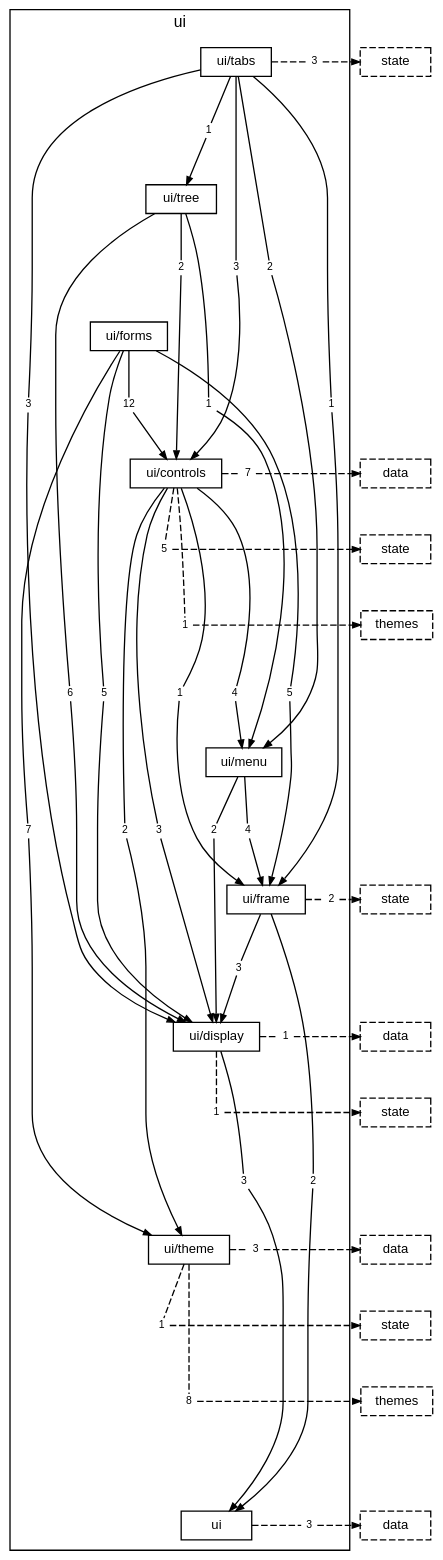
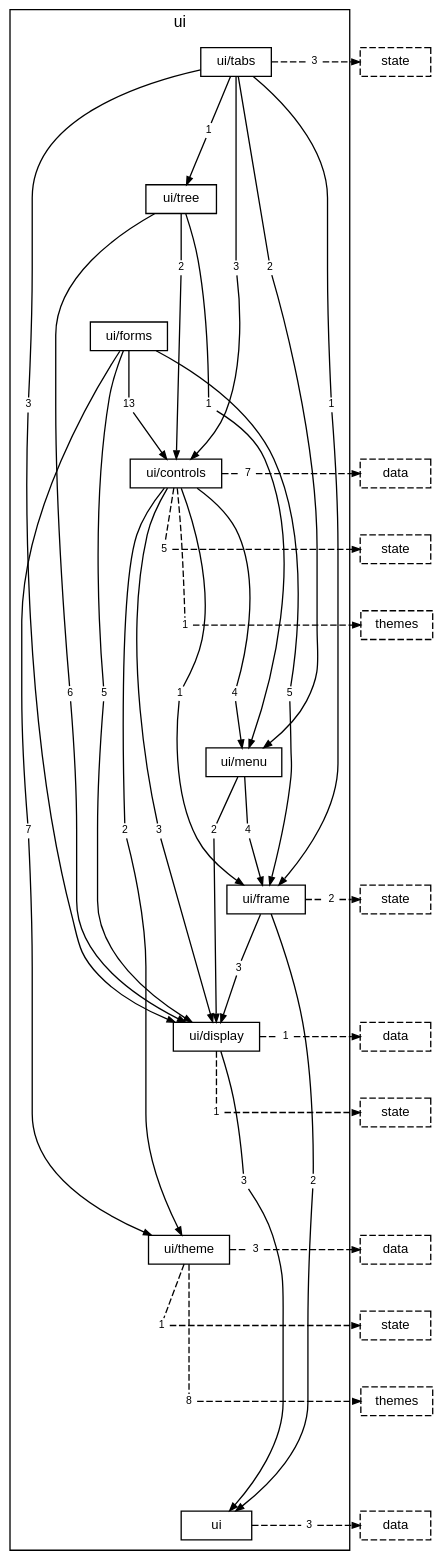
Before and after one commit to TheAxeC/oculus: the diagram in docs/diagrams/layer-ui.dot, drawn with Graphviz. The commit also changed 233 other files, not shown here.

```diff
--- a/docs/diagrams/layer-ui.dot
+++ b/docs/diagrams/layer-ui.dot
@@ -1,143 +1,143 @@
 digraph layer_ui {
     graph [bgcolor="transparent", rankdir=TB, newrank=true, mclimit=4, fontname="Helvetica", fontsize=12, nodesep=0.2, ranksep=0.5];
     node [shape=box, color="black", fontcolor="black", fontname="Helvetica", fontsize=10, height=0.3, margin="0.12,0.04"];
     edge [color="black", fontcolor="black", fontname="Helvetica", fontsize=8, arrowsize=0.6];
     subgraph "cluster_ui" {
         label="ui"; style=solid;
         "folder ui/tabs" [label="ui/tabs"];
         "folder ui/tree" [label="ui/tree"];
         "folder ui/forms" [label="ui/forms"];
         "folder ui/controls" [label="ui/controls"];
         "folder ui/menu" [label="ui/menu"];
         "folder ui/frame" [label="ui/frame"];
         "folder ui/display" [label="ui/display"];
         "folder ui/theme" [label="ui/theme"];
         "folder ui" [label="ui"];
         "folder ui/tabs to folder ui/controls" [label="3", shape=box, color="transparent", fontsize=8, width=0, height=0, margin="0.04,0.02"];
         "folder ui/tabs to folder ui/display" [label="3", shape=box, color="transparent", fontsize=8, width=0, height=0, margin="0.04,0.02"];
         "folder ui/tabs to folder ui/frame" [label="1", shape=box, color="transparent", fontsize=8, width=0, height=0, margin="0.04,0.02"];
         "folder ui/tabs to folder ui/menu" [label="2", shape=box, color="transparent", fontsize=8, width=0, height=0, margin="0.04,0.02"];
         "folder ui/tabs to folder ui/tree" [label="1", shape=box, color="transparent", fontsize=8, width=0, height=0, margin="0.04,0.02"];
         "folder ui/tabs to layer state" [label="3", shape=box, color="transparent", fontsize=8, width=0, height=0, margin="0.04,0.02"];
         "folder ui/tree to folder ui/controls" [label="2", shape=box, color="transparent", fontsize=8, width=0, height=0, margin="0.04,0.02"];
         "folder ui/tree to folder ui/display" [label="6", shape=box, color="transparent", fontsize=8, width=0, height=0, margin="0.04,0.02"];
         "folder ui/tree to folder ui/menu" [label="1", shape=box, color="transparent", fontsize=8, width=0, height=0, margin="0.04,0.02"];
-        "folder ui/forms to folder ui/controls" [label="12", shape=box, color="transparent", fontsize=8, width=0, height=0, margin="0.04,0.02"];
+        "folder ui/forms to folder ui/controls" [label="13", shape=box, color="transparent", fontsize=8, width=0, height=0, margin="0.04,0.02"];
         "folder ui/forms to folder ui/display" [label="5", shape=box, color="transparent", fontsize=8, width=0, height=0, margin="0.04,0.02"];
         "folder ui/forms to folder ui/frame" [label="5", shape=box, color="transparent", fontsize=8, width=0, height=0, margin="0.04,0.02"];
         "folder ui/forms to folder ui/theme" [label="7", shape=box, color="transparent", fontsize=8, width=0, height=0, margin="0.04,0.02"];
         "folder ui/controls to folder ui/display" [label="3", shape=box, color="transparent", fontsize=8, width=0, height=0, margin="0.04,0.02"];
         "folder ui/controls to folder ui/frame" [label="1", shape=box, color="transparent", fontsize=8, width=0, height=0, margin="0.04,0.02"];
         "folder ui/controls to folder ui/menu" [label="4", shape=box, color="transparent", fontsize=8, width=0, height=0, margin="0.04,0.02"];
         "folder ui/controls to folder ui/theme" [label="2", shape=box, color="transparent", fontsize=8, width=0, height=0, margin="0.04,0.02"];
         "folder ui/controls to layer data" [label="7", shape=box, color="transparent", fontsize=8, width=0, height=0, margin="0.04,0.02"];
         "folder ui/controls to layer state" [label="5", shape=box, color="transparent", fontsize=8, width=0, height=0, margin="0.04,0.02"];
         "folder ui/controls to layer themes" [label="1", shape=box, color="transparent", fontsize=8, width=0, height=0, margin="0.04,0.02"];
         "folder ui/menu to folder ui/display" [label="2", shape=box, color="transparent", fontsize=8, width=0, height=0, margin="0.04,0.02"];
         "folder ui/menu to folder ui/frame" [label="4", shape=box, color="transparent", fontsize=8, width=0, height=0, margin="0.04,0.02"];
         "folder ui/frame to folder ui" [label="2", shape=box, color="transparent", fontsize=8, width=0, height=0, margin="0.04,0.02"];
         "folder ui/frame to folder ui/display" [label="3", shape=box, color="transparent", fontsize=8, width=0, height=0, margin="0.04,0.02"];
         "folder ui/frame to layer state" [label="2", shape=box, color="transparent", fontsize=8, width=0, height=0, margin="0.04,0.02"];
         "folder ui/display to folder ui" [label="3", shape=box, color="transparent", fontsize=8, width=0, height=0, margin="0.04,0.02"];
         "folder ui/display to layer data" [label="1", shape=box, color="transparent", fontsize=8, width=0, height=0, margin="0.04,0.02"];
         "folder ui/display to layer state" [label="1", shape=box, color="transparent", fontsize=8, width=0, height=0, margin="0.04,0.02"];
         "folder ui/theme to layer data" [label="3", shape=box, color="transparent", fontsize=8, width=0, height=0, margin="0.04,0.02"];
         "folder ui/theme to layer state" [label="1", shape=box, color="transparent", fontsize=8, width=0, height=0, margin="0.04,0.02"];
         "folder ui/theme to layer themes" [label="8", shape=box, color="transparent", fontsize=8, width=0, height=0, margin="0.04,0.02"];
         "folder ui to layer data" [label="3", shape=box, color="transparent", fontsize=8, width=0, height=0, margin="0.04,0.02"];
     }
     "layer state from folder ui/tabs" [label="state", style=dashed];
     "layer data from folder ui/controls" [label="data", style=dashed];
     "layer state from folder ui/controls" [label="state", style=dashed];
     "layer themes from folder ui/controls" [label="themes", style=dashed];
     "layer state from folder ui/frame" [label="state", style=dashed];
     "layer data from folder ui/display" [label="data", style=dashed];
     "layer state from folder ui/display" [label="state", style=dashed];
     "layer data from folder ui/theme" [label="data", style=dashed];
     "layer state from folder ui/theme" [label="state", style=dashed];
     "layer themes from folder ui/theme" [label="themes", style=dashed];
     "layer data from folder ui" [label="data", style=dashed];
     "folder ui/tabs" -> "folder ui/tree" [style=invis, weight=10, minlen=2];
     "folder ui/tree" -> "folder ui/forms" [style=invis, weight=10, minlen=2];
     "folder ui/forms" -> "folder ui/controls" [style=invis, weight=10, minlen=2];
     "folder ui/controls" -> "folder ui/menu" [style=invis, weight=10, minlen=4];
     "folder ui/menu" -> "folder ui/frame" [style=invis, weight=10, minlen=2];
     "folder ui/frame" -> "folder ui/display" [style=invis, weight=10, minlen=2];
     "folder ui/display" -> "folder ui/theme" [style=invis, weight=10, minlen=3];
     "folder ui/theme" -> "folder ui" [style=invis, weight=10, minlen=4];
     "folder ui/tabs" -> "folder ui/tabs to folder ui/controls" [arrowhead=none, minlen=3, weight=10];
     "folder ui/tabs to folder ui/controls" -> "folder ui/controls" [];
     "folder ui/tabs" -> "folder ui/tabs to folder ui/display" [arrowhead=none, minlen=5, weight=10];
     "folder ui/tabs to folder ui/display" -> "folder ui/display" [];
     "folder ui/tabs" -> "folder ui/tabs to folder ui/frame" [arrowhead=none, minlen=5, weight=10];
     "folder ui/tabs to folder ui/frame" -> "folder ui/frame" [];
     "folder ui/tabs" -> "folder ui/tabs to folder ui/menu" [arrowhead=none, minlen=3, weight=10];
     "folder ui/tabs to folder ui/menu" -> "folder ui/menu" [];
     "folder ui/tabs" -> "folder ui/tabs to folder ui/tree" [arrowhead=none, minlen=1, weight=10];
     "folder ui/tabs to folder ui/tree" -> "folder ui/tree" [];
     "folder ui/tabs" -> "folder ui/tabs to layer state" [arrowhead=none, style=dashed];
     "folder ui/tabs to layer state" -> "layer state from folder ui/tabs" [style=dashed];
     { rank=same; "folder ui/tabs"; "folder ui/tabs to layer state"; "layer state from folder ui/tabs"; }
     "folder ui/tree" -> "folder ui/tree to folder ui/controls" [arrowhead=none, minlen=1, weight=10];
     "folder ui/tree to folder ui/controls" -> "folder ui/controls" [];
     "folder ui/tree" -> "folder ui/tree to folder ui/display" [arrowhead=none, minlen=7, weight=10];
     "folder ui/tree to folder ui/display" -> "folder ui/display" [];
     "folder ui/tree" -> "folder ui/tree to folder ui/menu" [arrowhead=none, minlen=3, weight=10];
     "folder ui/tree to folder ui/menu" -> "folder ui/menu" [];
     "folder ui/forms" -> "folder ui/forms to folder ui/controls" [arrowhead=none, minlen=1, weight=10];
     "folder ui/forms to folder ui/controls" -> "folder ui/controls" [];
     "folder ui/forms" -> "folder ui/forms to folder ui/display" [arrowhead=none, minlen=5, weight=10];
     "folder ui/forms to folder ui/display" -> "folder ui/display" [];
     "folder ui/forms" -> "folder ui/forms to folder ui/frame" [arrowhead=none, minlen=5, weight=10];
     "folder ui/forms to folder ui/frame" -> "folder ui/frame" [];
     "folder ui/forms" -> "folder ui/forms to folder ui/theme" [arrowhead=none, minlen=7, weight=10];
     "folder ui/forms to folder ui/theme" -> "folder ui/theme" [];
     "folder ui/controls" -> "folder ui/controls to folder ui/display" [arrowhead=none, minlen=5, weight=10];
     "folder ui/controls to folder ui/display" -> "folder ui/display" [];
     "folder ui/controls" -> "folder ui/controls to folder ui/frame" [arrowhead=none, minlen=3, weight=10];
     "folder ui/controls to folder ui/frame" -> "folder ui/frame" [];
     "folder ui/controls" -> "folder ui/controls to folder ui/menu" [arrowhead=none, minlen=3, weight=10];
     "folder ui/controls to folder ui/menu" -> "folder ui/menu" [];
     "folder ui/controls" -> "folder ui/controls to folder ui/theme" [arrowhead=none, minlen=5, weight=10];
     "folder ui/controls to folder ui/theme" -> "folder ui/theme" [];
     "folder ui/controls" -> "folder ui/controls to layer data" [arrowhead=none, style=dashed];
     "folder ui/controls to layer data" -> "layer data from folder ui/controls" [style=dashed];
     { rank=same; "folder ui/controls"; "folder ui/controls to layer data"; "layer data from folder ui/controls"; }
     "folder ui/controls" -> "folder ui/controls to layer state" [arrowhead=none, style=dashed, minlen=1, weight=10];
     "folder ui/controls to layer state" -> "layer state from folder ui/controls" [style=dashed];
     { rank=same; "folder ui/controls to layer state"; "layer state from folder ui/controls"; }
     "folder ui/controls" -> "folder ui/controls to layer themes" [arrowhead=none, style=dashed, minlen=2, weight=10];
     "folder ui/controls to layer themes" -> "layer themes from folder ui/controls" [style=dashed];
     { rank=same; "folder ui/controls to layer themes"; "layer themes from folder ui/controls"; }
     "folder ui/menu" -> "folder ui/menu to folder ui/display" [arrowhead=none, minlen=1, weight=10];
     "folder ui/menu to folder ui/display" -> "folder ui/display" [];
     "folder ui/menu" -> "folder ui/menu to folder ui/frame" [arrowhead=none, minlen=1, weight=10];
     "folder ui/menu to folder ui/frame" -> "folder ui/frame" [];
     "folder ui/frame" -> "folder ui/frame to folder ui" [arrowhead=none, minlen=4, weight=10];
     "folder ui/frame to folder ui" -> "folder ui" [];
     "folder ui/frame" -> "folder ui/frame to folder ui/display" [arrowhead=none, minlen=1, weight=10];
     "folder ui/frame to folder ui/display" -> "folder ui/display" [];
     "folder ui/frame" -> "folder ui/frame to layer state" [arrowhead=none, style=dashed];
     "folder ui/frame to layer state" -> "layer state from folder ui/frame" [style=dashed];
     { rank=same; "folder ui/frame"; "folder ui/frame to layer state"; "layer state from folder ui/frame"; }
     "folder ui/display" -> "folder ui/display to folder ui" [arrowhead=none, minlen=2, weight=10];
     "folder ui/display to folder ui" -> "folder ui" [];
     "folder ui/display" -> "folder ui/display to layer data" [arrowhead=none, style=dashed];
     "folder ui/display to layer data" -> "layer data from folder ui/display" [style=dashed];
     { rank=same; "folder ui/display"; "folder ui/display to layer data"; "layer data from folder ui/display"; }
     "folder ui/display" -> "folder ui/display to layer state" [arrowhead=none, style=dashed, minlen=1, weight=10];
     "folder ui/display to layer state" -> "layer state from folder ui/display" [style=dashed];
     { rank=same; "folder ui/display to layer state"; "layer state from folder ui/display"; }
     "folder ui/theme" -> "folder ui/theme to layer data" [arrowhead=none, style=dashed];
     "folder ui/theme to layer data" -> "layer data from folder ui/theme" [style=dashed];
     { rank=same; "folder ui/theme"; "folder ui/theme to layer data"; "layer data from folder ui/theme"; }
     "folder ui/theme" -> "folder ui/theme to layer state" [arrowhead=none, style=dashed, minlen=1, weight=10];
     "folder ui/theme to layer state" -> "layer state from folder ui/theme" [style=dashed];
     { rank=same; "folder ui/theme to layer state"; "layer state from folder ui/theme"; }
     "folder ui/theme" -> "folder ui/theme to layer themes" [arrowhead=none, style=dashed, minlen=2, weight=10];
     "folder ui/theme to layer themes" -> "layer themes from folder ui/theme" [style=dashed];
     { rank=same; "folder ui/theme to layer themes"; "layer themes from folder ui/theme"; }
     "folder ui" -> "folder ui to layer data" [arrowhead=none, style=dashed];
     "folder ui to layer data" -> "layer data from folder ui" [style=dashed];
     { rank=same; "folder ui"; "folder ui to layer data"; "layer data from folder ui"; }
 }
```
